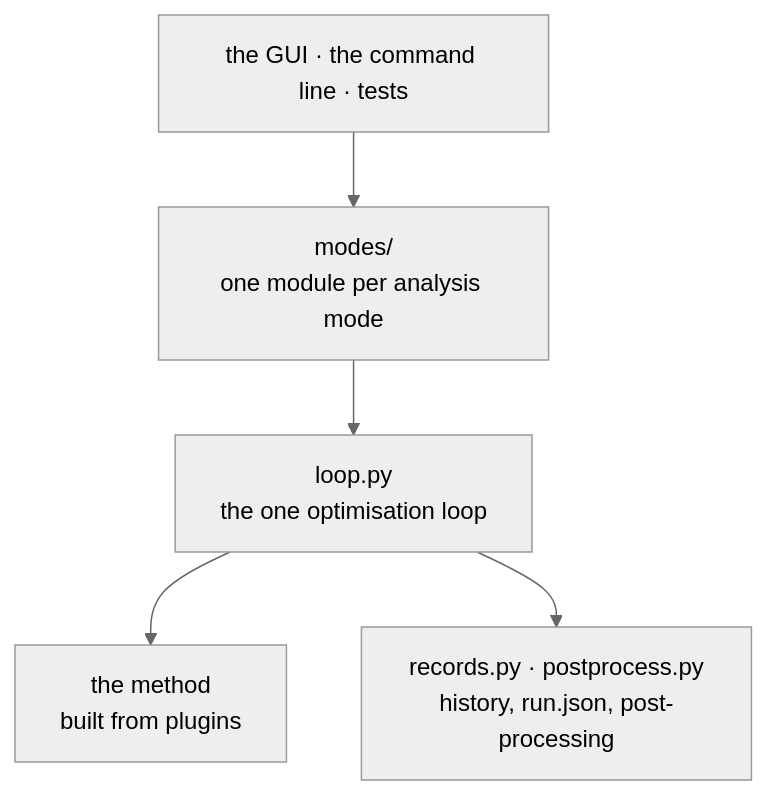
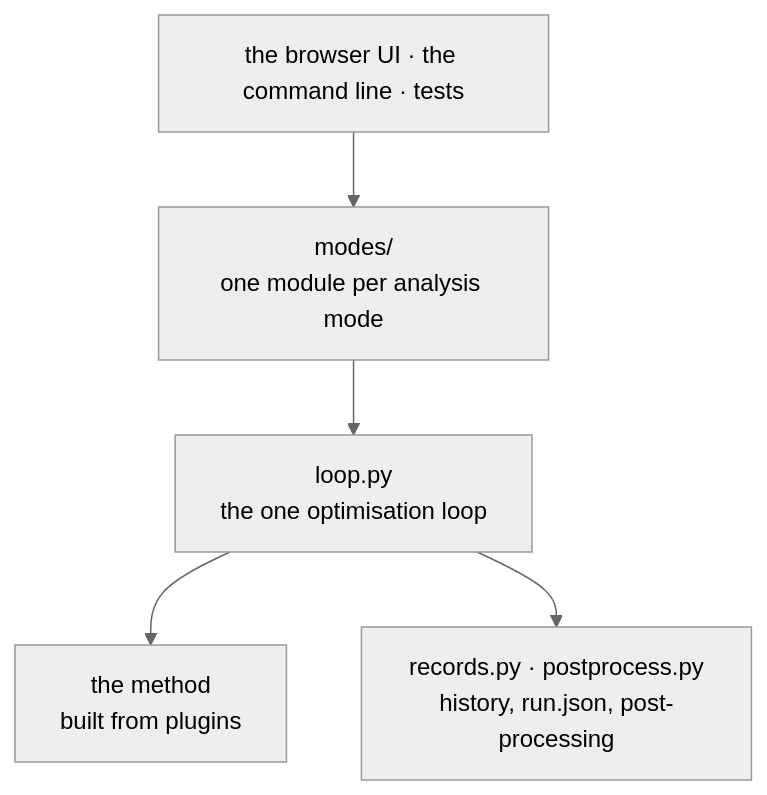
The first of 2 diagrams in toporia/engine/README.md (Toporia/Toporia-launcher), drawn with Mermaid (neutral theme) before and after one commit. The commit also changed other lines of this file and 74 other files, not shown here.

````diff
--- a/toporia/engine/README.md
+++ b/toporia/engine/README.md
@@ -32,10 +32,10 @@
 ```mermaid
 flowchart TB
-    callers["the GUI · the command line · tests"]
+    callers["the browser UI · the command line · tests"]
     modes["modes/<br/>one module per analysis mode"]
     loop["loop.py<br/>the one optimisation loop"]
     method["the method<br/>built from plugins"]
     records["records.py · postprocess.py<br/>history, run.json, post-processing"]
     callers --> modes --> loop --> method
     loop --> records
 ```
````
